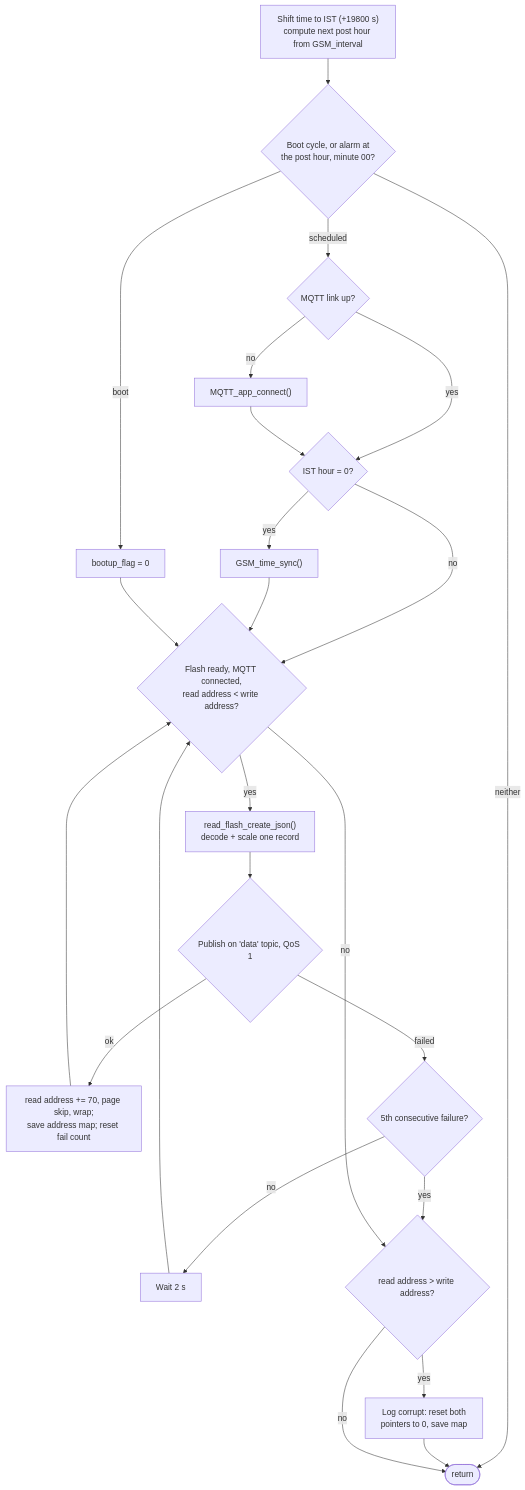
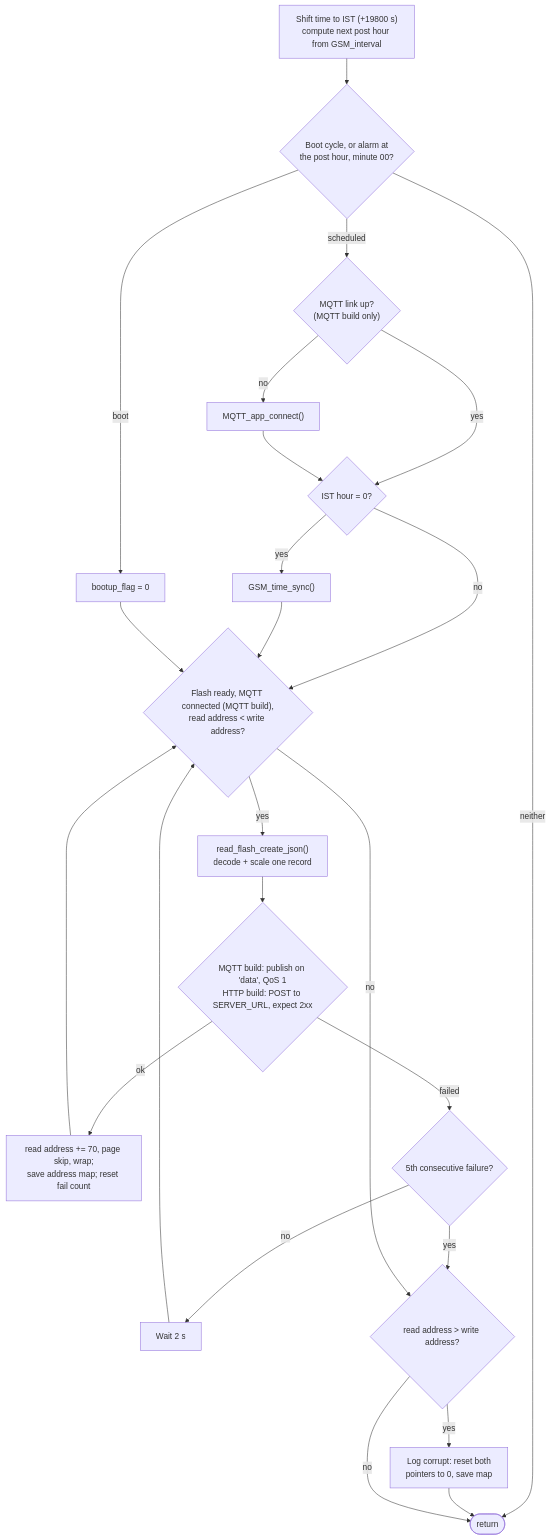
The fifth of 7 diagrams in README.md (anushka-prajose-tih/Closed_Loop_Irrigation), drawn with Mermaid before and after one commit. The commit also changed other lines of this file and 1 other file, not shown here.

````diff
--- a/README.md
+++ b/README.md
@@ -234,24 +243,24 @@
 ```mermaid
 flowchart TD
     A["Shift time to IST (+19800 s)<br>compute next post hour from GSM_interval"] --> B{"Boot cycle, or alarm at<br>the post hour, minute 00?"}
     B -->|neither| END([return])
     B -->|boot| C["bootup_flag = 0"]
-    B -->|scheduled| D{"MQTT link up?"}
+    B -->|scheduled| D{"MQTT link up?<br>(MQTT build only)"}
     D -->|no| E["MQTT_app_connect()"]
     D -->|yes| F
     E --> F{"IST hour = 0?"}
     F -->|yes| G["GSM_time_sync()"]
     F -->|no| H
     G --> H
-    C --> H{"Flash ready, MQTT connected,<br>read address < write address?"}
+    C --> H{"Flash ready, MQTT connected (MQTT build),<br>read address < write address?"}
     H -->|yes| I["read_flash_create_json()<br>decode + scale one record"]
-    I --> J{"Publish on 'data' topic, QoS 1"}
+    I --> J{"MQTT build: publish on 'data', QoS 1<br>HTTP build: POST to SERVER_URL, expect 2xx"}
     J -->|ok| K["read address += 70, page skip, wrap;<br>save address map; reset fail count"]
     K --> H
     J -->|failed| L{"5th consecutive failure?"}
     L -->|no| W["Wait 2 s"] --> H
     L -->|yes| X
     H -->|no| X{"read address > write address?"}
     X -->|yes| Y["Log corrupt: reset both<br>pointers to 0, save map"] --> END
     X -->|no| END
 ```
````
